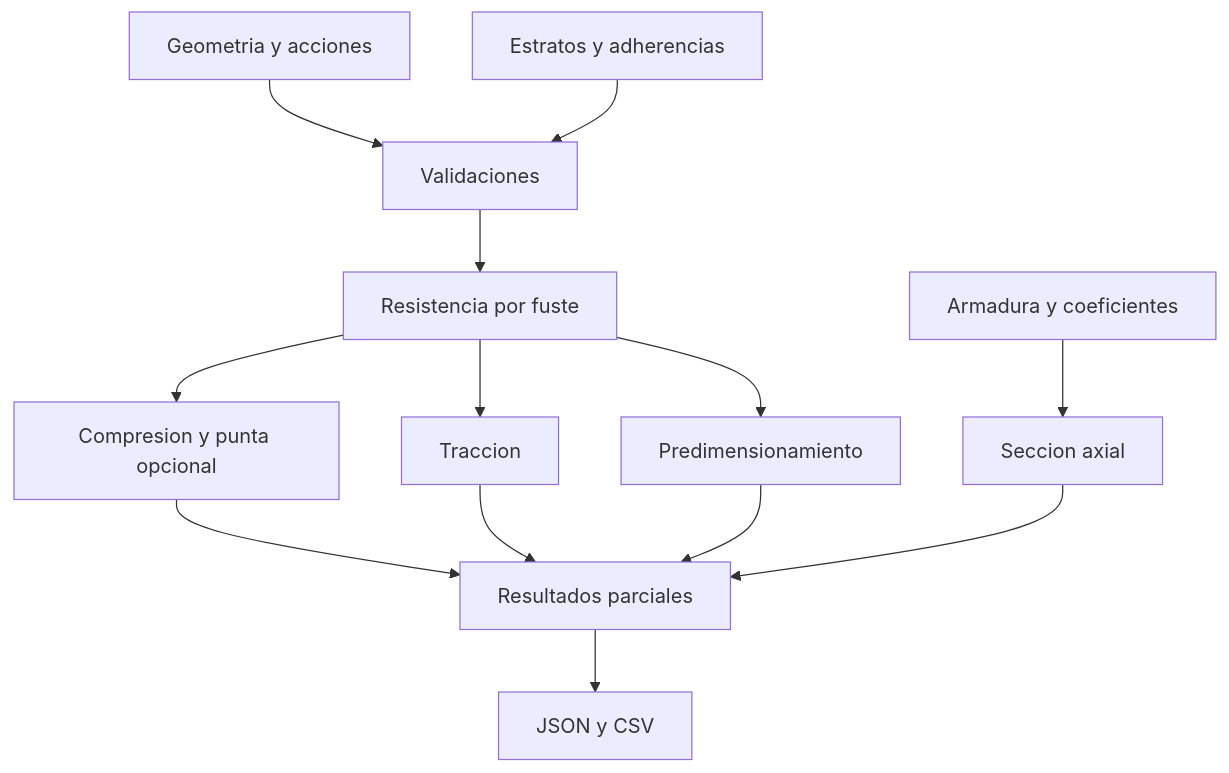
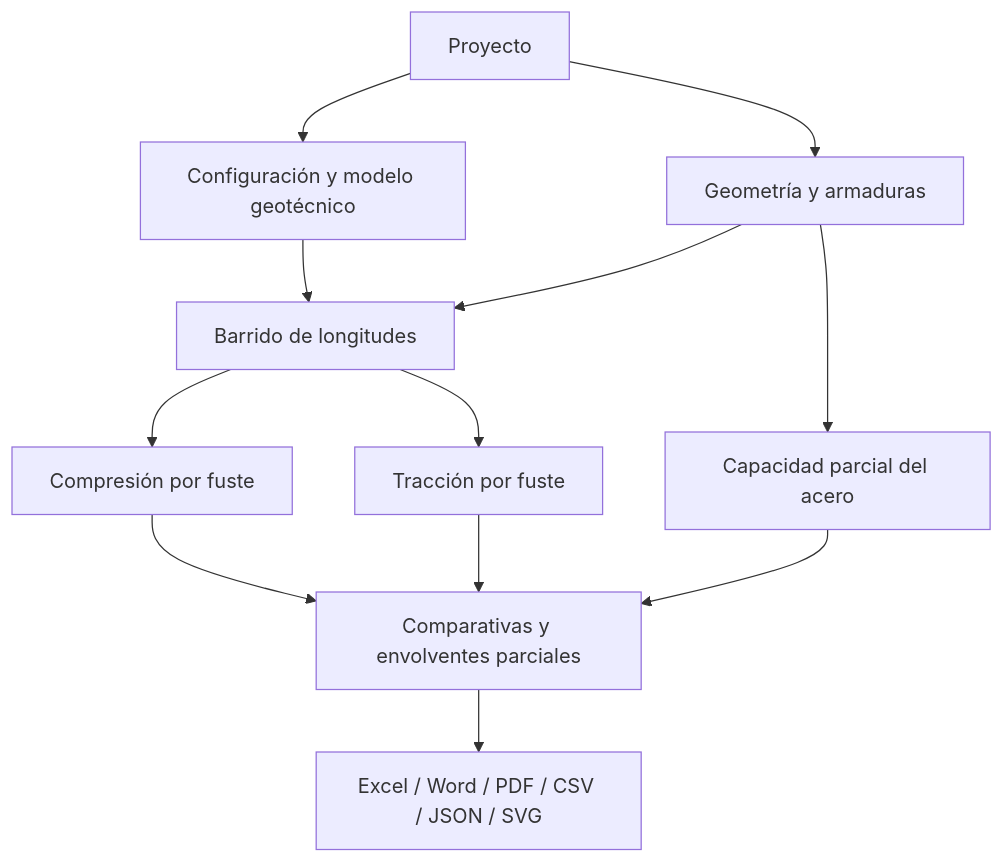
One commit to me1lopig/Exterior changed the diagram in micropilotes/README.md. Above: the diagram before and after it, drawn with Mermaid. The commit also changed other lines of this file, not shown here.

````diff
--- a/micropilotes/README.md
+++ b/micropilotes/README.md
@@ -28,15 +46,14 @@
 ```mermaid
 flowchart TD
- A[Geometria y acciones] --> C[Validaciones]
- B[Estratos y adherencias] --> C
- C --> D[Resistencia por fuste]
- D --> E[Compresion y punta opcional]
- D --> F[Traccion]
- D --> G[Predimensionamiento]
- H[Armadura y coeficientes] --> I[Seccion axial]
- E --> J[Resultados parciales]
- F --> J
- G --> J
- I --> J
- J --> K[JSON y CSV]
+    P[Proyecto] --> G[Configuración y modelo geotécnico]
+    P --> A[Geometría y armaduras]
+    G --> B[Barrido de longitudes]
+    A --> B
+    B --> C[Compresión por fuste]
+    B --> T[Tracción por fuste]
+    A --> S[Capacidad parcial del acero]
+    C --> R[Comparativas y envolventes parciales]
+    T --> R
+    S --> R
+    R --> E[Excel / Word / PDF / CSV / JSON / SVG]
 ```
````
